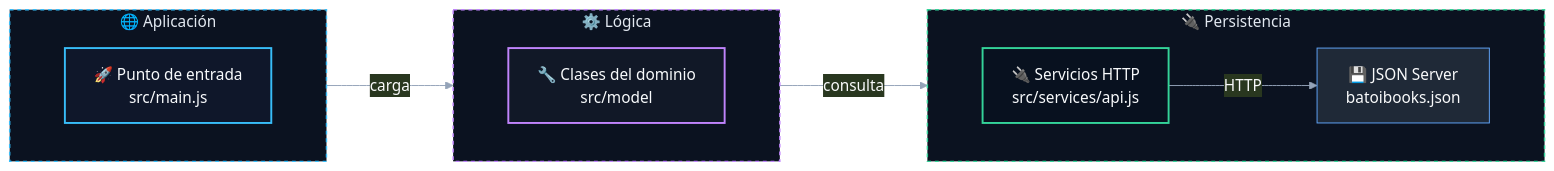
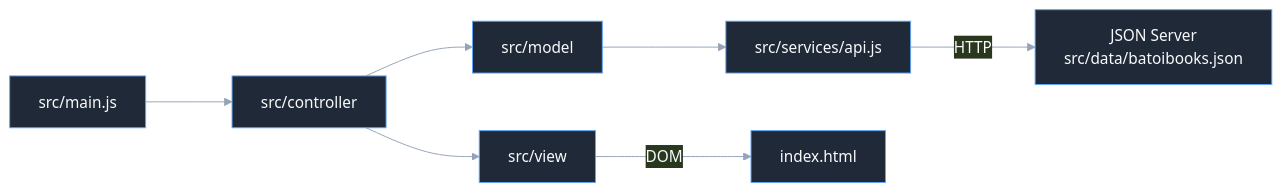
One commit to DavidTorro/BatoiBooks changed the diagram in README.md. Above: the diagram before and after it, drawn with Mermaid. The commit also changed other lines of this file, not shown here.

Commit message:
docs(readme): actualizar interfaz DOM y pruebas

````diff
--- a/README.md
+++ b/README.md
@@ -32,47 +34,21 @@
 ```mermaid
 %%{init: {
     "theme": "base",
     "flowchart": { "curve": "basis", "nodeSpacing": 60, "rankSpacing": 90 },
     "themeVariables": {
         "primaryColor": "#1f2937",
         "primaryTextColor": "#f9fafb",
         "primaryBorderColor": "#60a5fa",
         "lineColor": "#94a3b8",
         "tertiaryColor": "#0f172a"
     }
 }}%%
 
 flowchart LR
-    subgraph SG0["🌐 Aplicación"]
-        direction LR
-        app["🚀 Punto de entrada<br/>src/main.js"]
-    end
-
-    subgraph SG1["⚙️ Lógica"]
-        direction LR
-        logic["🔧 Clases del dominio<br/>src/model"]
-    end
-
-    subgraph SG2["🔌 Persistencia"]
-        direction LR
-        data["🔌 Servicios HTTP<br/>src/services/api.js"]
-        database["💾 JSON Server<br/>batoibooks.json"]
-    end
-
-    app -- "carga" --> logic
-    logic -- "consulta" --> data
-    data -- "HTTP" --> database
-
-    classDef g0 fill:#0f172a,stroke:#38bdf8,color:#f8fafc,stroke-width:2px;
-    class app g0;
-
-    classDef g1 fill:#111827,stroke:#c084fc,color:#f8fafc,stroke-width:2px;
-    class logic g1;
-
-    classDef g2 fill:#08111f,stroke:#34d399,color:#f8fafc,stroke-width:2px;
-    class data g2;
-
-    style SG0 fill:#0b1220,stroke:#38bdf8,stroke-width:1.5px,stroke-dasharray: 4 4,color:#e2e8f0
-    style SG1 fill:#0b1220,stroke:#c084fc,stroke-width:1.5px,stroke-dasharray: 4 4,color:#e2e8f0
-    style SG2 fill:#0b1220,stroke:#34d399,stroke-width:1.5px,stroke-dasharray: 4 4,color:#e2e8f0
+    app["src/main.js"] --> controller["src/controller"]
+    controller --> view["src/view"]
+    controller --> model["src/model"]
+    model --> api["src/services/api.js"]
+    api -- HTTP --> database["JSON Server<br/>src/data/batoibooks.json"]
+    view -- DOM --> page["index.html"]
 ```
````
